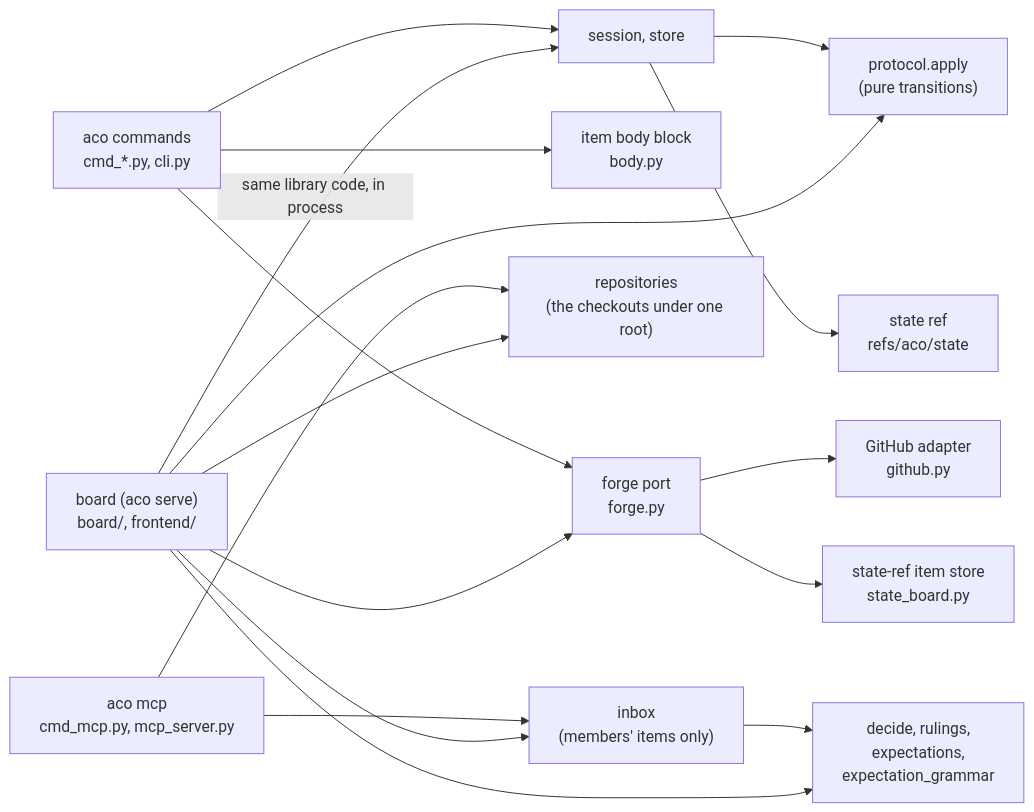
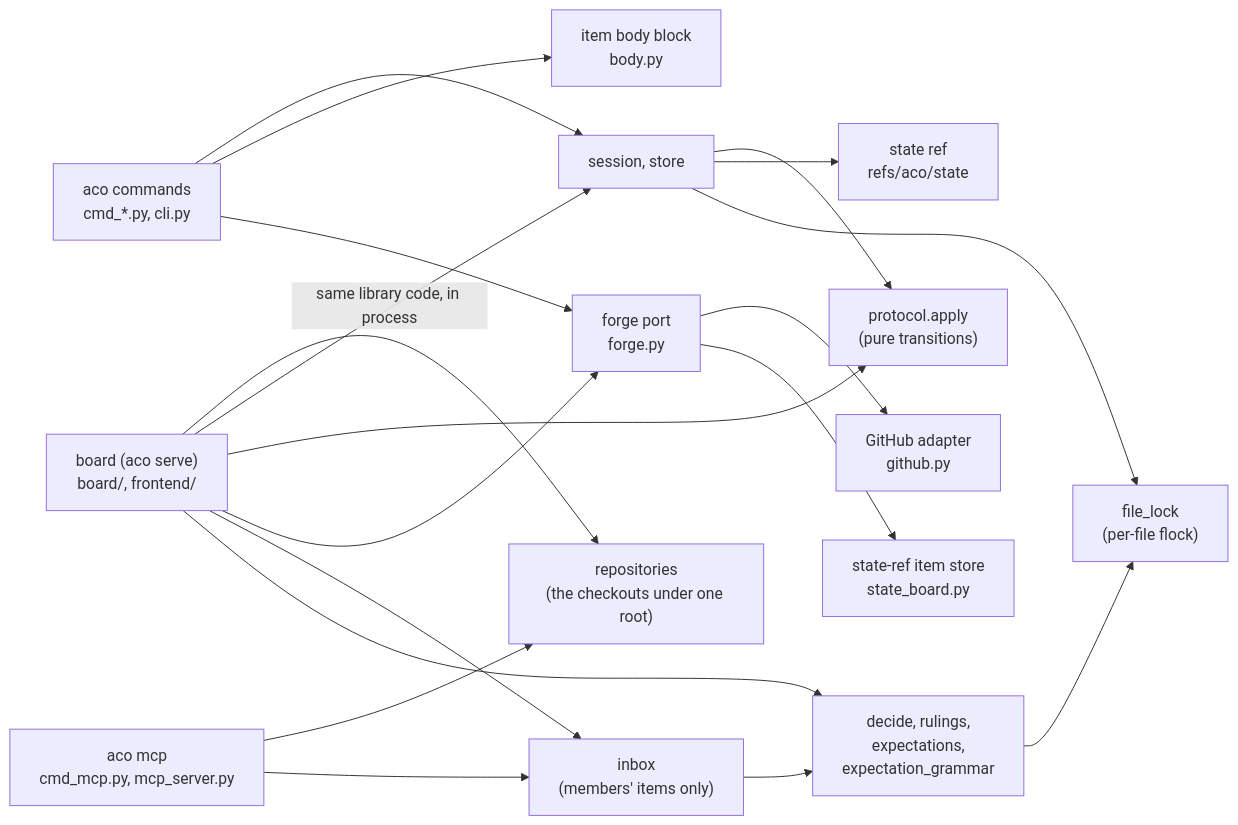
Before and after one commit to overnightworks/aco: the second of 3 diagrams in docs/ARCHITECTURE.md, drawn with Mermaid. The commit also changed other lines of this file and 18 other files, not shown here.

````diff
--- a/docs/ARCHITECTURE.md
+++ b/docs/ARCHITECTURE.md
@@ -30,21 +30,23 @@
 ```mermaid
 flowchart LR
     CLI["aco commands<br/>cmd_*.py, cli.py"] --> Session["session, store"]
     Session --> Protocol["protocol.apply<br/>(pure transitions)"]
     Session --> Store["state ref<br/>refs/aco/state"]
     CLI --> Body["item body block<br/>body.py"]
     CLI --> Port["forge port<br/>forge.py"]
     Port --> GitHub["GitHub adapter<br/>github.py"]
     Port --> StateBoard["state-ref item store<br/>state_board.py"]
     Board["board (aco serve)<br/>board/, frontend/"]
     Mcp["aco mcp<br/>cmd_mcp.py, mcp_server.py"]
     Mcp --> Repos
     Mcp --> Inbox
     Board --> Repos["repositories<br/>(the checkouts under one root)"]
     Board -->|"same library code, in process"| Session
     Board --> Protocol
     Board --> Port
     Board --> Inbox["inbox<br/>(members' items only)"]
     Inbox --> Dec
+    Dec --> Lock["file_lock<br/>(per-file flock)"]
+    Session --> Lock
     Board --> Dec["decide, rulings,<br/>expectations,<br/>expectation_grammar"]
 ```
````
